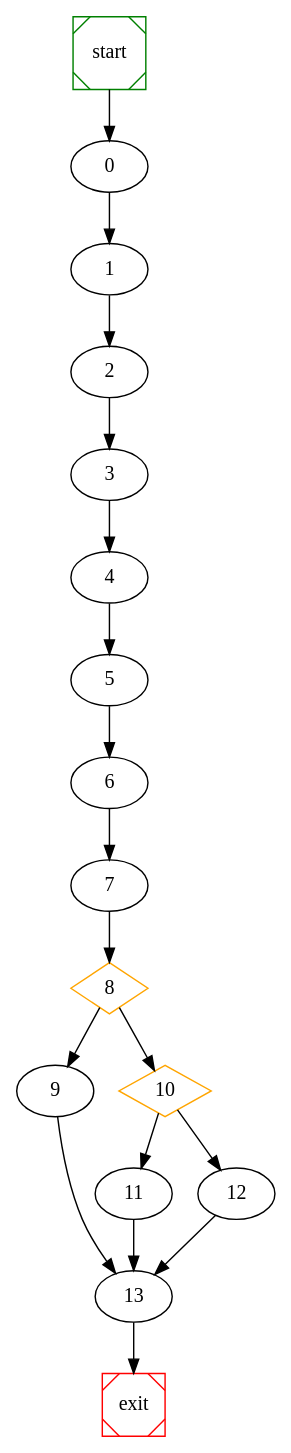
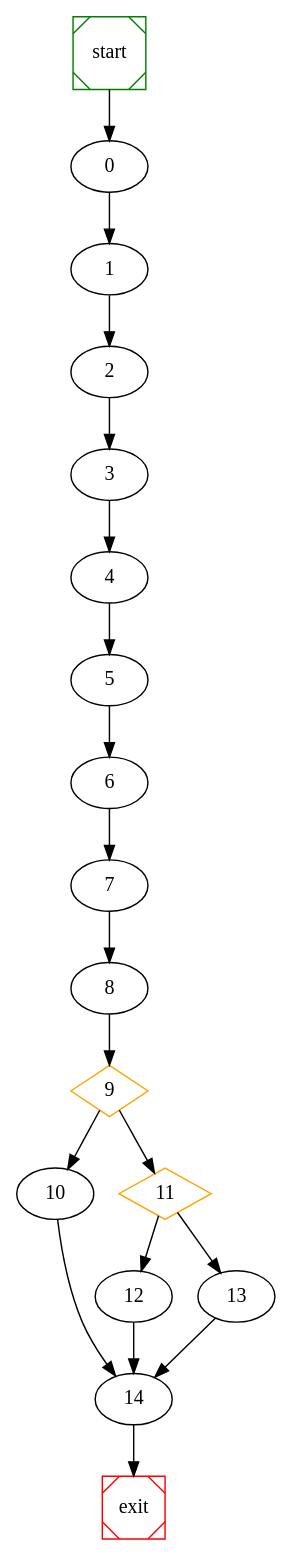
One commit to NabeelQaiser/BTP_2k18-19 changed the diagram in wpc/raw_graph.dot. Above: the diagram before and after it, drawn with Graphviz. The commit also changed 8 other files, not shown here.

```diff
--- a/wpc/raw_graph.dot
+++ b/wpc/raw_graph.dot
@@ -1,26 +1,27 @@
 # dot file created at runtime
 
 digraph G {
 	start -> 0;
 	0 -> 1 ;
 	1 -> 2 ;
 	2 -> 3 ;
 	3 -> 4 ;
 	4 -> 5 ;
 	5 -> 6 ;
 	6 -> 7 ;
-	8 [shape=diamond, color=orange] ;
+	7 -> 8 ;
+	9 [shape=diamond, color=orange] ;
+	9 -> 10 ;
+	11 [shape=diamond, color=orange] ;
+	9 -> 11 ;
+	11 -> 12 ;
+	11 -> 13 ;
 	8 -> 9 ;
-	10 [shape=diamond, color=orange] ;
-	8 -> 10 ;
-	10 -> 11 ;
-	10 -> 12 ;
-	7 -> 8 ;
-	11 -> 13 ;
-	9 -> 13 ;
-	12 -> 13 ;
-	13 -> exit;
+	12 -> 14 ;
+	13 -> 14 ;
+	10 -> 14 ;
+	14 -> exit;
 
 	start [shape=Msquare, color=green];
 	exit [shape=Msquare, color=red];
 }
```
